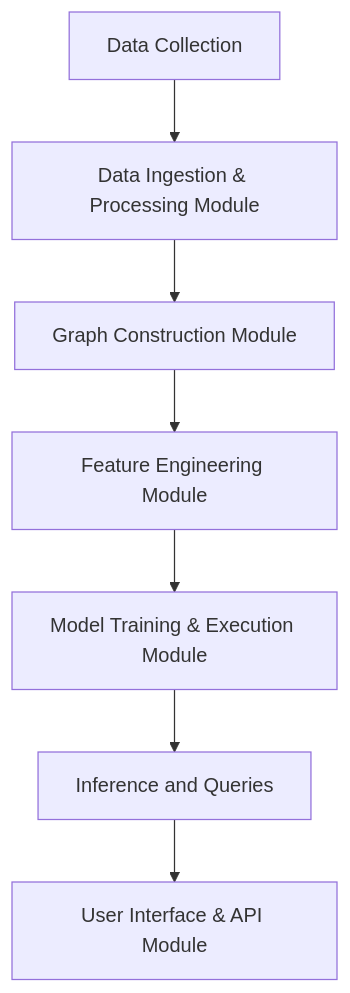
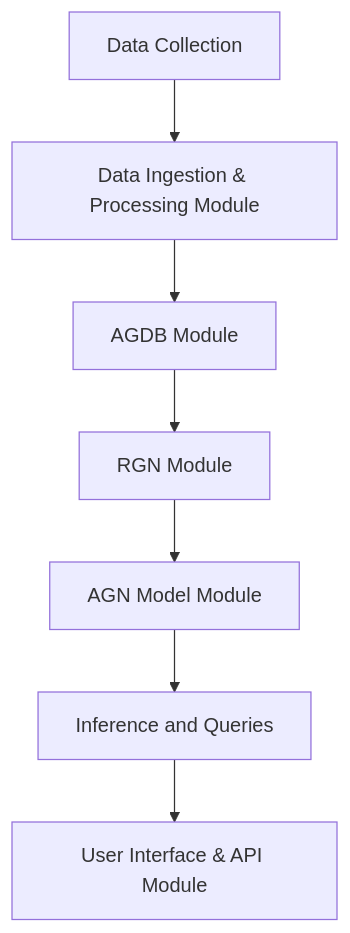
One commit to TheGuyFromTheApprentice/ActiveGraphNetworks changed the first of 4 diagrams in doco/01_Architectural_Documentation.md. Above: the diagram before and after it, drawn with Mermaid. The commit also changed other lines of this file, not shown here.

````diff
--- a/doco/01_Architectural_Documentation.md
+++ b/doco/01_Architectural_Documentation.md
@@ -73,9 +77,9 @@
 ```mermaid
 flowchart TD
     A[Data Collection] --> B[Data Ingestion & Processing Module]
-    B --> C[Graph Construction Module]
-    C --> D[Feature Engineering Module]
-    D --> E[Model Training & Execution Module]
+    B --> C[AGDB Module]
+    C --> D[RGN Module]
+    D --> E[AGN Model Module]
     E --> F[Inference and Queries]
     F --> G[User Interface & API Module]
 ```
````
